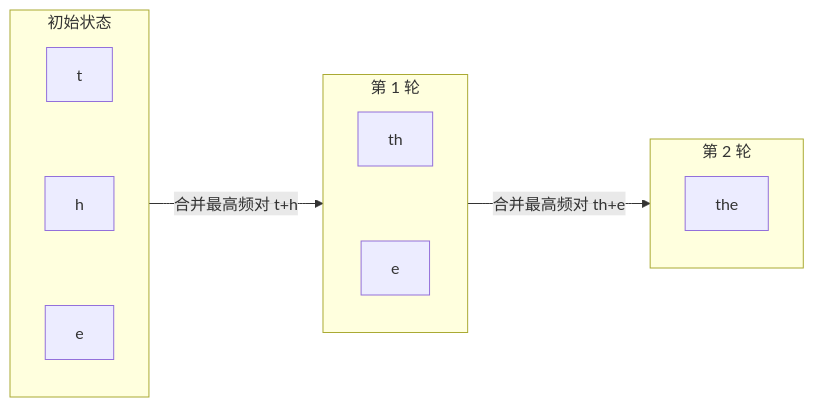
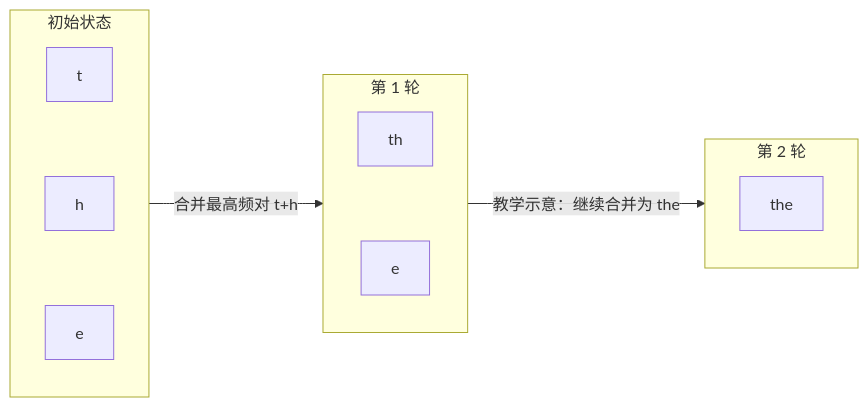
One commit to yeasy/llm_internals changed the diagram in 03_components/3.1_tokenization.md. Above: the diagram before and after it, drawn with Mermaid. The commit also changed other lines of this file and 15 other files, not shown here.

Commit message:
fix(content): update LLM architecture details

````diff
--- a/03_components/3.1_tokenization.md
+++ b/03_components/3.1_tokenization.md
@@ -29,14 +29,14 @@
 ```mermaid
 flowchart LR
     subgraph step0["初始状态"]
         A["t"] ~~~ B["h"] ~~~ C["e"]
     end
     step0 -->|"合并最高频对 t+h"| step1
     subgraph step1["第 1 轮"]
         D["th"] ~~~ E["e"]
     end
-    step1 -->|"合并最高频对 th+e"| step2
+    step1 -->|"教学示意：继续合并为 the"| step2
     subgraph step2["第 2 轮"]
         F["the"]
     end
 ```
````
